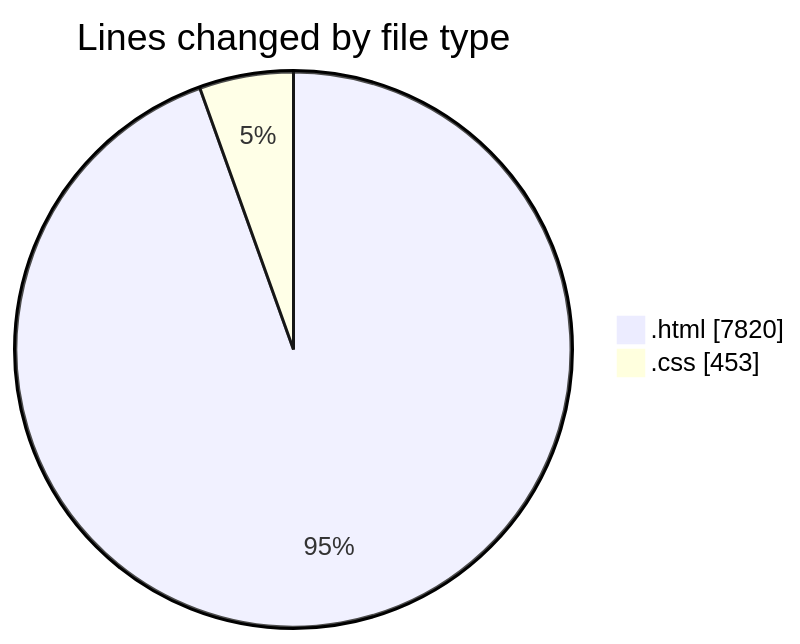
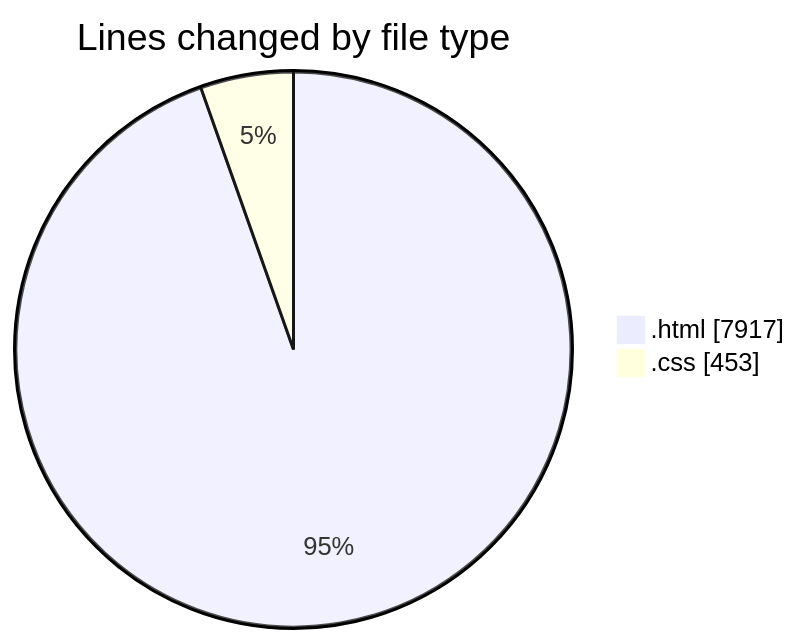
Before and after one commit to nxtqubesakshisongat/code-tracking: the first of 2 diagrams in 2025-08-09/nxtqube_webapp/README.md, drawn with Mermaid. The commit also changed other lines of this file and 1 other file, not shown here.

````diff
--- a/2025-08-09/nxtqube_webapp/README.md
+++ b/2025-08-09/nxtqube_webapp/README.md
@@ -23,6 +23,6 @@
 ```mermaid
 pie showData
 title Lines changed by file type
-".html" : 7820
+".html" : 7917
 ".css" : 453
 ```
````
